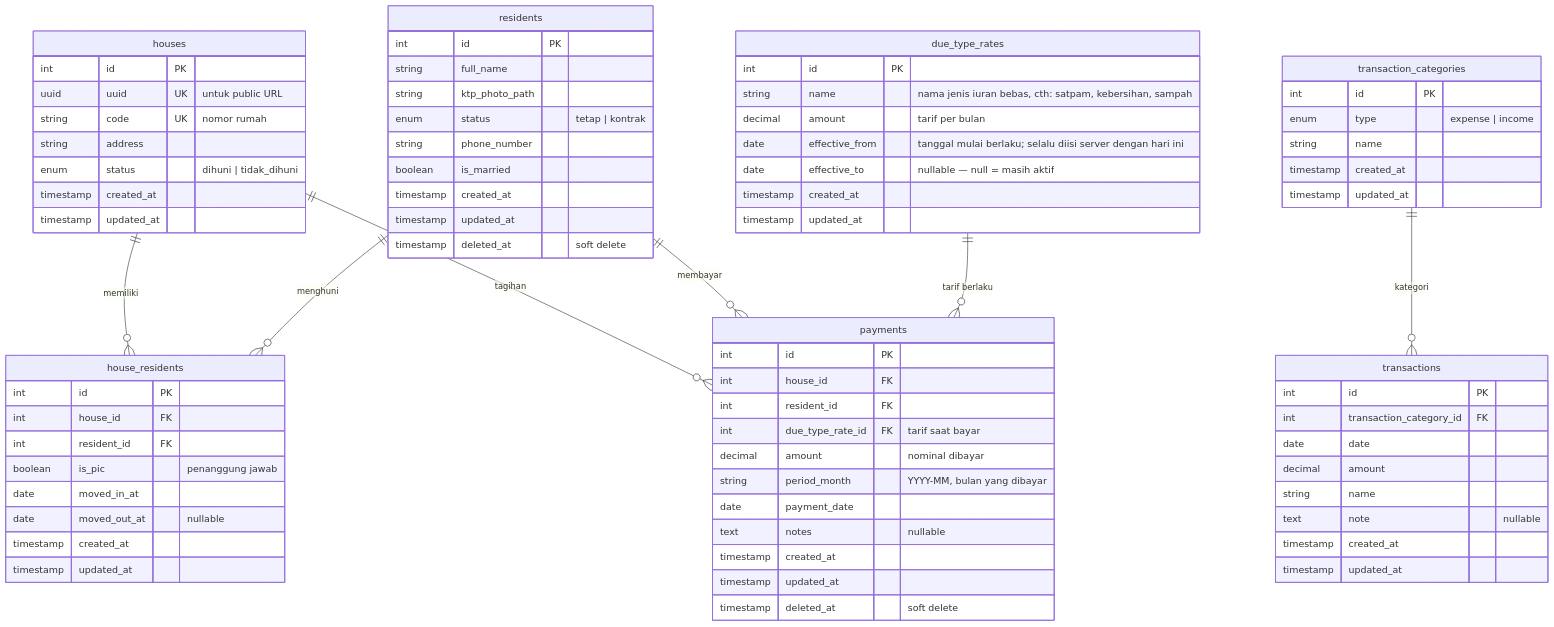
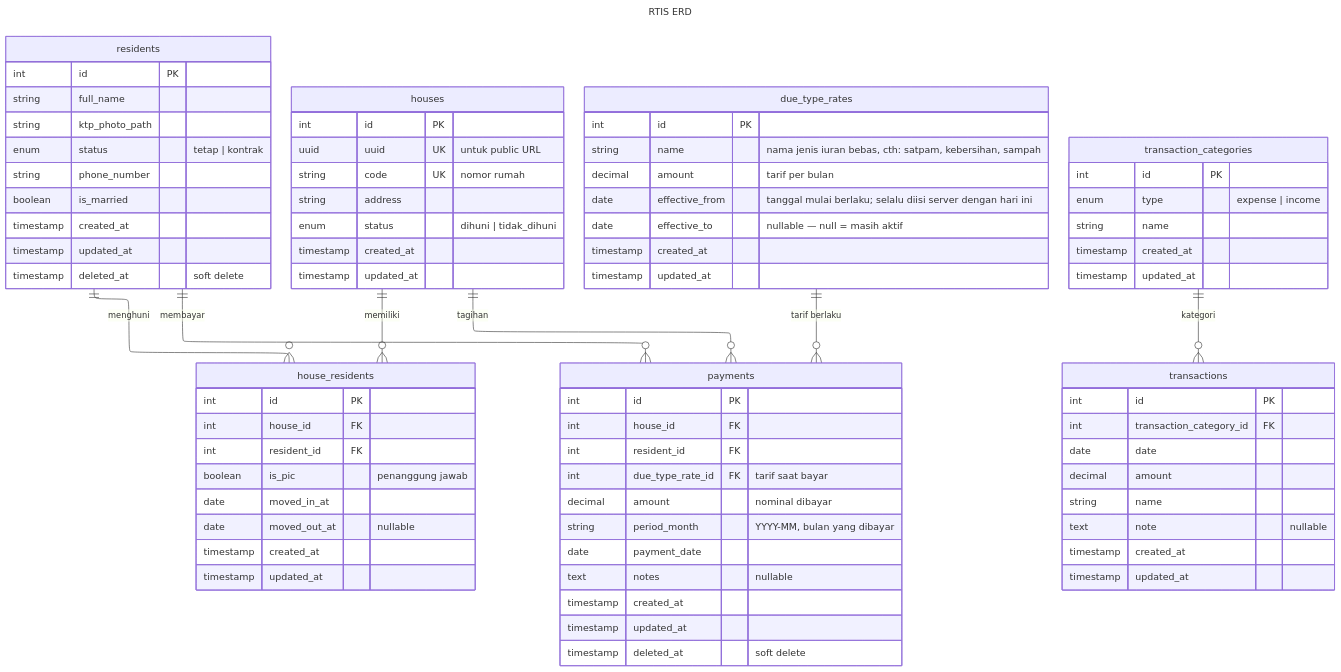
The diagram in docs/PRD.md (zakishaquille/rt-information-system), drawn with Mermaid before and after one commit. The commit also changed 25 other files, not shown here.

````diff
--- a/docs/PRD.md
+++ b/docs/PRD.md
@@ -356,4 +356,9 @@
 ```mermaid
+---
+title: RTIS ERD
+config:
+    layout: elk
+---
 erDiagram
     residents {
         int id PK
````
